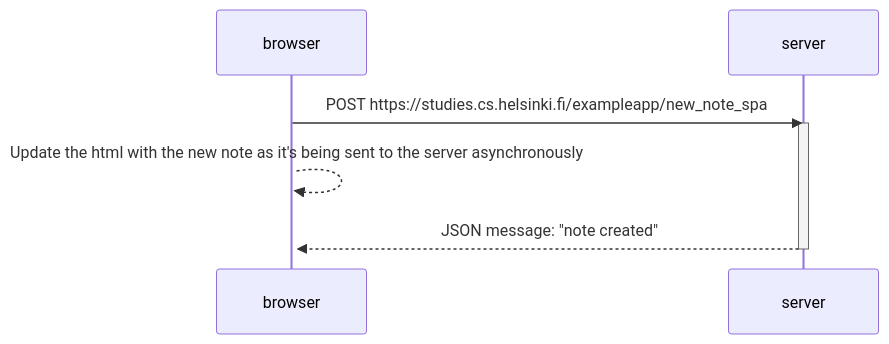
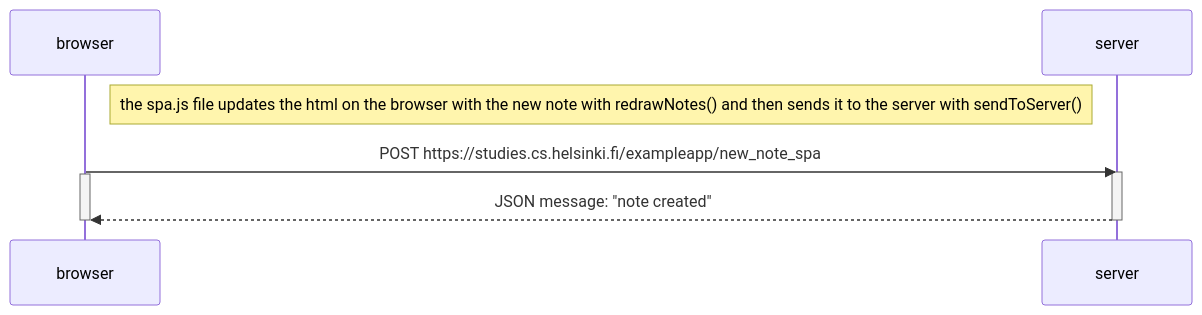
Before and after one commit to damicore/openfullstack-part0: the diagram in exercise6.md, drawn with Mermaid.

Commit message:
final commit

````diff
--- a/exercise6.md
+++ b/exercise6.md
@@ -2,12 +2,13 @@
 ```mermaid
 sequenceDiagram
     participant browser
     participant server
     
+    Note right of browser: the spa.js file updates the html on the browser with the new note with redrawNotes() and then sends it to the server with sendToServer()
     browser->>server: POST https://studies.cs.helsinki.fi/exampleapp/new_note_spa
     activate server
     activate browser
-    browser-->>browser: Update the html with the new note as it's being sent to the server asynchronously
     server-->>browser: JSON message: "note created"
     deactivate server
+    deactivate browser
 ```
````
